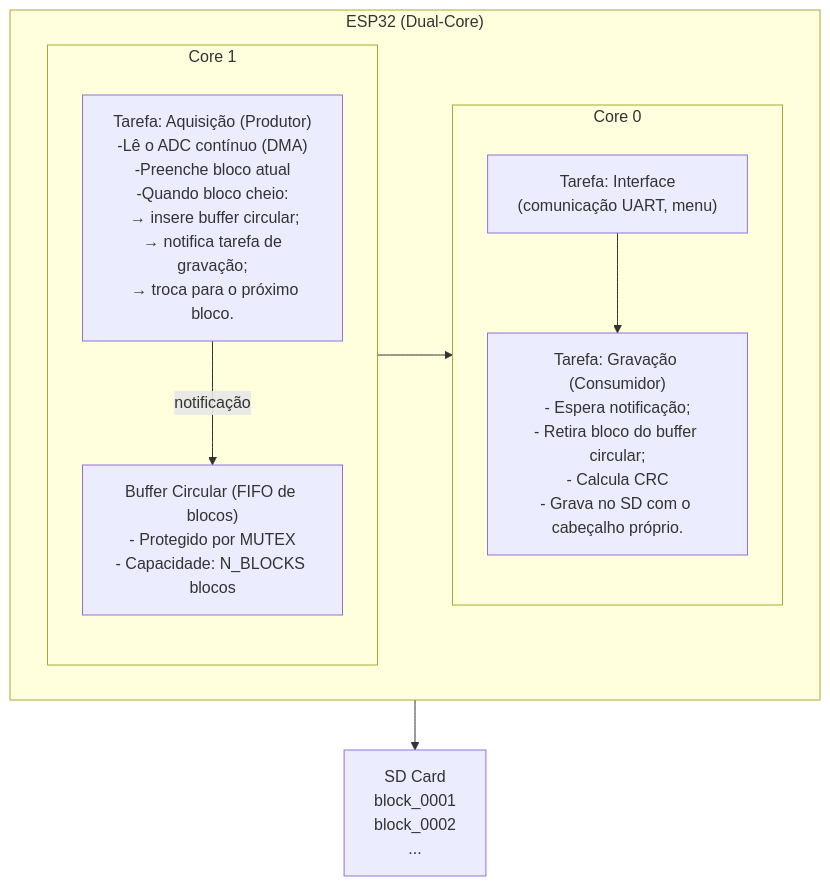
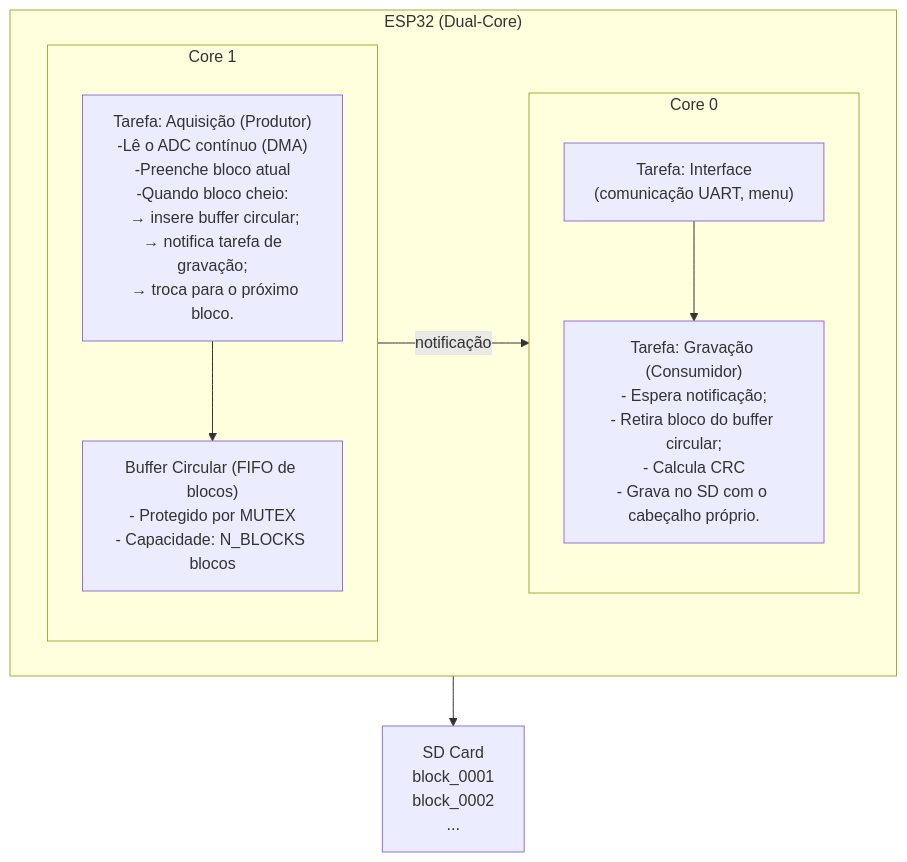
The diagram in HelloWorld/include/circular_buffer.mermaid (noggyamamoto/ExerciciosPrograma-o), drawn with Mermaid before and after one commit.

Commit message:
fix: remove the name of arrow

```diff
--- a/HelloWorld/include/circular_buffer.mermaid
+++ b/HelloWorld/include/circular_buffer.mermaid
@@ -1,30 +1,30 @@
 flowchart TB
 
     subgraph ESP32["ESP32 (Dual-Core)"]
 
         direction LR
 
         %% Core 0
         subgraph Core0["Core 0"]
             direction TB
             UI["Tarefa: Interface \n(comunicação UART, menu)"]
             WR["Tarefa: Gravação (Consumidor)\n- Espera notificação;\n- Retira bloco do buffer circular;\n- Calcula CRC\n- Grava no SD com o cabeçalho próprio."]
         end
 
         %% Core 1
         subgraph Core1["Core 1"]
             direction TB
             ACQ["Tarefa: Aquisição (Produtor)\n-Lê o ADC contínuo (DMA)\n-Preenche bloco atual\n-Quando bloco cheio:\n → insere buffer circular;\n → notifica tarefa de gravação;\n  → troca para o próximo bloco."]
             BUF["Buffer Circular (FIFO de blocos)\n- Protegido por MUTEX\n- Capacidade: N_BLOCKS blocos"]
         end
 
     end
 
     %% SD fora dos cores (abaixo à esquerda)
     SD["SD Card\nblock_0001\nblock_0002\n..."]
 
     %% Conexões
-    ACQ -->|notificação| BUF
+    ACQ --> BUF
     UI --> WR
-    ACQ --> WR
+    ACQ -->|notificação| WR
     WR --> SD
```
